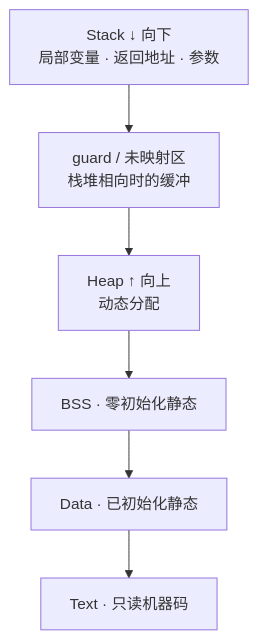
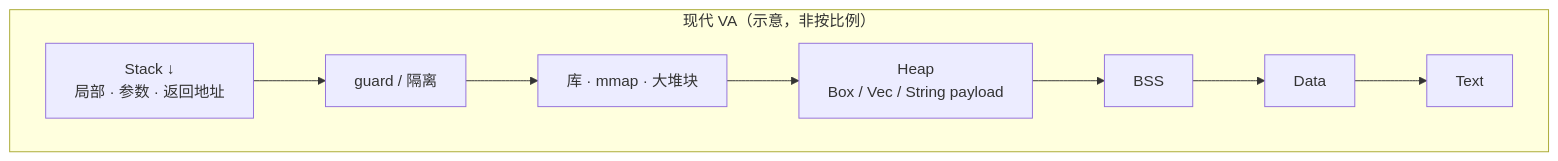
Before and after one commit to cshonor/Rust_study: the diagram in 02-RFR/Chapter-01-Foundations/03-memory-regions.md, drawn with Mermaid. The commit also changed other lines of this file, not shown here.

First line of the commit message:
docs(RFR ch01): correct stack/heap layout for modern OS vs classic model

````diff
--- a/02-RFR/Chapter-01-Foundations/03-memory-regions.md
+++ b/02-RFR/Chapter-01-Foundations/03-memory-regions.md
@@ -47,10 +102,13 @@
 ```mermaid
 flowchart TB
-    STK["Stack ↓ 向下<br/>局部变量 · 返回地址 · 参数"]
-    GAP["guard / 未映射区<br/>栈堆相向时的缓冲"]
-    HEAP["Heap ↑ 向上<br/>动态分配"]
-    BSS["BSS · 零初始化静态"]
-    DATA["Data · 已初始化静态"]
-    TEXT["Text · 只读机器码"]
-    STK --> GAP --> HEAP --> BSS --> DATA --> TEXT
+    subgraph modern ["现代 VA（示意，非按比例）"]
+        STK["Stack ↓<br/>局部 · 参数 · 返回地址"]
+        GUARD["guard / 隔离"]
+        LIB["库 · mmap · 大堆块"]
+        HEAP["Heap<br/>Box / Vec / String payload"]
+        BSS["BSS"]
+        DATA["Data"]
+        TEXT["Text"]
+    end
+    STK --> GUARD --> LIB --> HEAP --> BSS --> DATA --> TEXT
 ```
````
